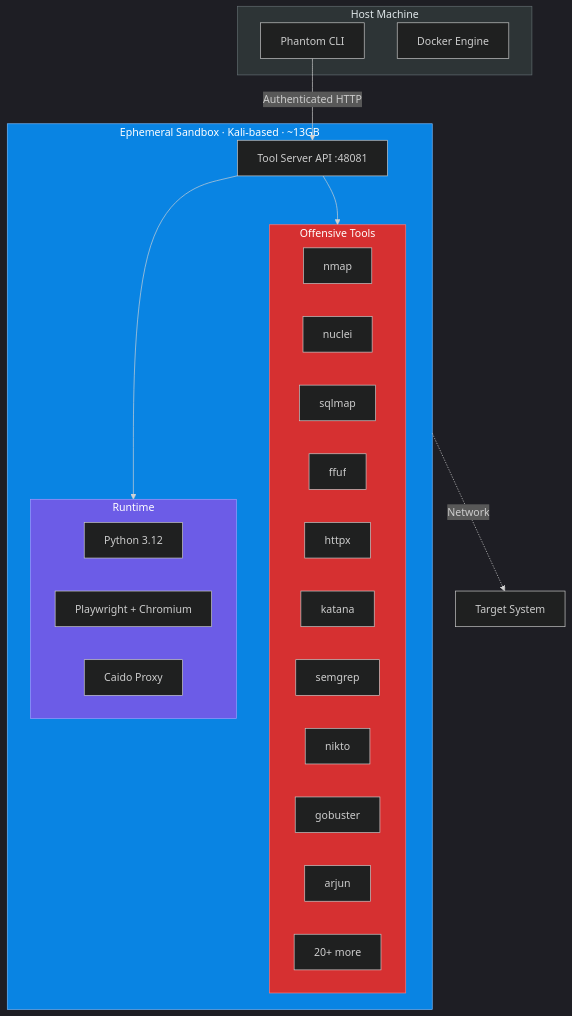
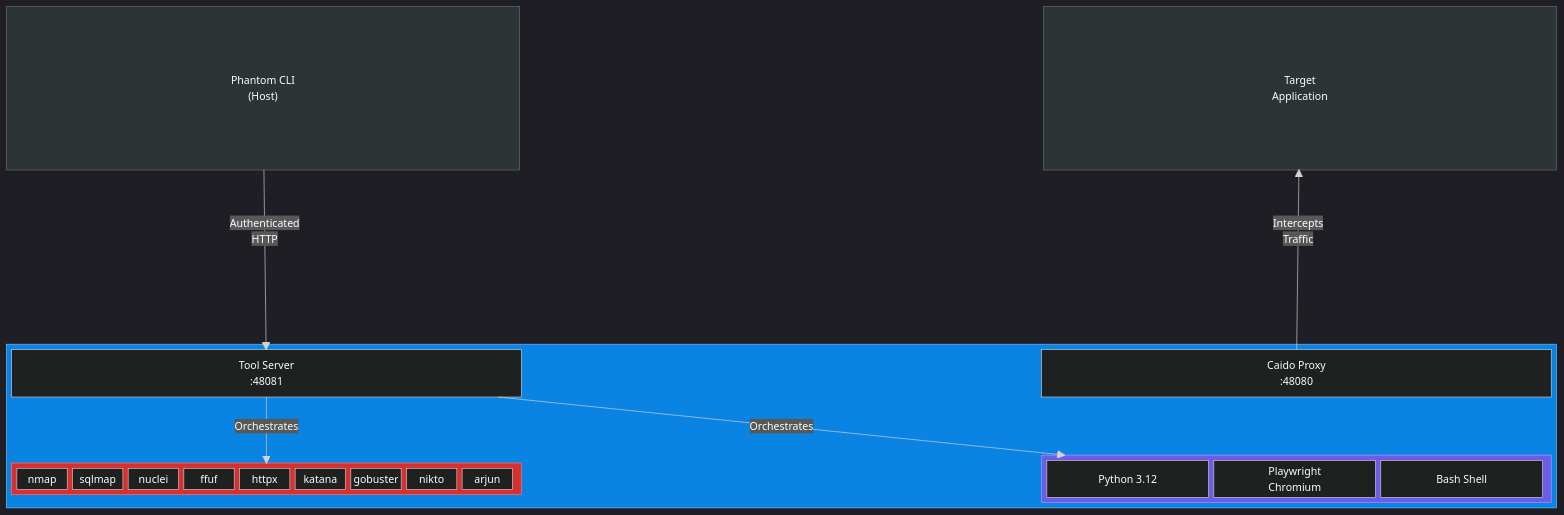
One commit to Usta0x001/Phantom changed the fourth of 4 diagrams in README.md. Above: the diagram before and after it, drawn with Mermaid. The commit also changed other lines of this file and 4 other files, not shown here.

````diff
--- a/README.md
+++ b/README.md
@@ -216,34 +242,51 @@
 ```mermaid
 %%{init: {'theme': 'dark'}}%%
-graph TB
-    subgraph Host["Host Machine"]
-        CLI["Phantom CLI"]
-        Docker["Docker Engine"]
+block-beta
+  columns 3
+
+  CLI["Phantom CLI\n(Host)"]:1
+  space:1
+  Target["Target\nApplication"]:1
+
+  space:3
+
+  block:container:3
+    columns 3
+    ToolAPI["Tool Server\n:48081"]:1
+    space:1
+    Proxy["Caido Proxy\n:48080"]:1
+
+    space:3
+
+    block:tools:1
+      nmap
+      sqlmap
+      nuclei
+      ffuf
+      httpx
+      katana
+      gobuster
+      nikto
+      arjun
     end
 
-    subgraph Container["Ephemeral Sandbox · Kali-based · ~13GB"]
-        ToolServer["Tool Server API :48081"]
+    space:1
 
-        subgraph Toolkit["Offensive Tools"]
-            nmap & nuclei & sqlmap & ffuf
-            httpx & katana & semgrep & nikto
-            gobuster & arjun & more["20+ more"]
-        end
+    block:runtime:1
+      Python["Python 3.12"]
+      Browser["Playwright\nChromium"]
+      Shell["Bash Shell"]
+    end
+  end
 
-        subgraph Runtime["Runtime"]
-            Python["Python 3.12"]
-            PW["Playwright + Chromium"]
-            Caido["Caido Proxy"]
-        end
-    end
+  CLI-- "Authenticated\nHTTP" -->ToolAPI
+  Proxy-- "Intercepts\nTraffic" -->Target
+  ToolAPI-- "Orchestrates" -->tools
+  ToolAPI-- "Orchestrates" -->runtime
 
-    CLI -->|"Authenticated HTTP"| ToolServer
-    ToolServer --> Toolkit
-    ToolServer --> Runtime
-    Container -.->|"Network"| Target["Target System"]
-
-    style Host fill:#2d3436,stroke:#636e72,color:#dfe6e9
-    style Container fill:#0984e3,stroke:#74b9ff,color:#fff
-    style Toolkit fill:#d63031,stroke:#ff7675,color:#fff
-    style Runtime fill:#6c5ce7,stroke:#a29bfe,color:#fff
+  style container fill:#0984e3,stroke:#74b9ff,color:#fff
+  style tools fill:#d63031,stroke:#ff7675,color:#fff
+  style runtime fill:#6c5ce7,stroke:#a29bfe,color:#fff
+  style CLI fill:#2d3436,stroke:#636e72,color:#dfe6e9
+  style Target fill:#2d3436,stroke:#636e72,color:#dfe6e9
 ```
````
